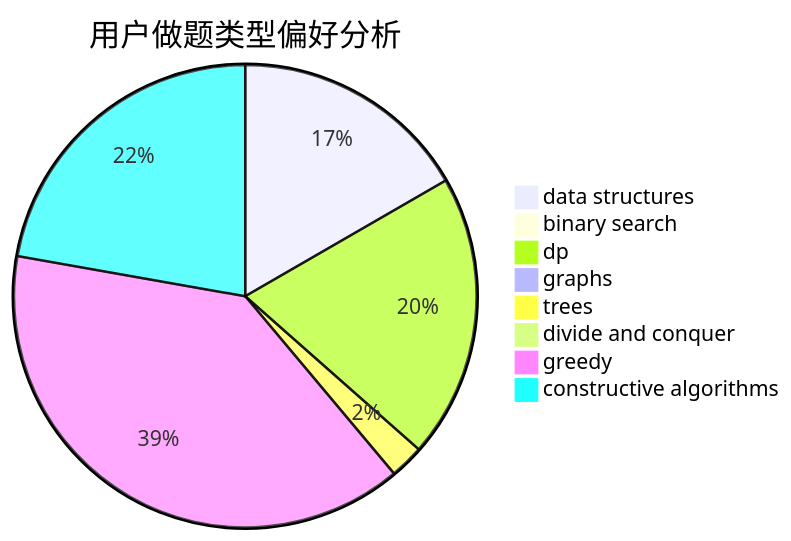
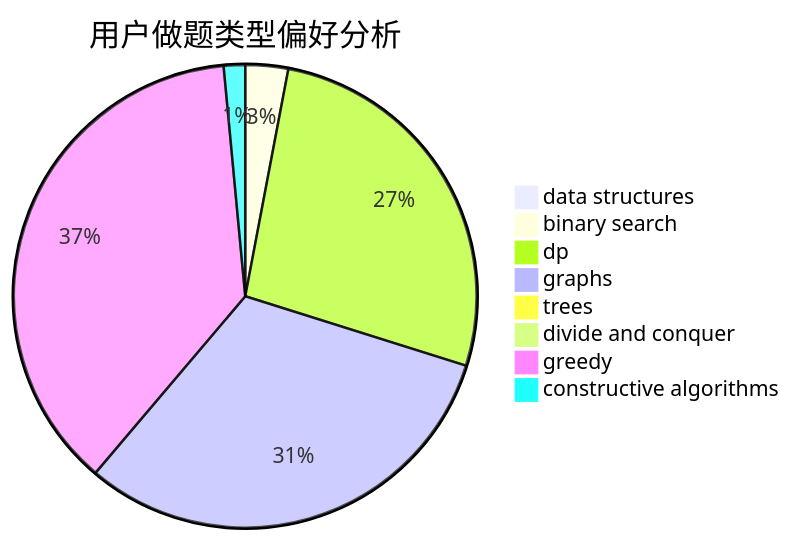
Before and after one commit to sherpahu/cfrs.github.io: the second of 3 diagrams in docs/user/u1855.md, drawn with Mermaid. The commit also changed other lines of this file and 2770 other files, not shown here.

````diff
--- a/docs/user/u1855.md
+++ b/docs/user/u1855.md
@@ -23,11 +23,11 @@
 ```mermaid
 pie title 用户做题类型偏好分析
-    "data structures" :  21
-    "binary search" :  0
-    "dp" :  25
-    "graphs" :  0
-    "trees" :  3
+    "data structures" :  0
+    "binary search" :  2
+    "dp" :  18
+    "graphs" :  21
+    "trees" :  0
     "divide and conquer" :  0
-    "greedy" :  49
-    "constructive algorithms" :  28
+    "greedy" :  25
+    "constructive algorithms" :  1
 ```
````
